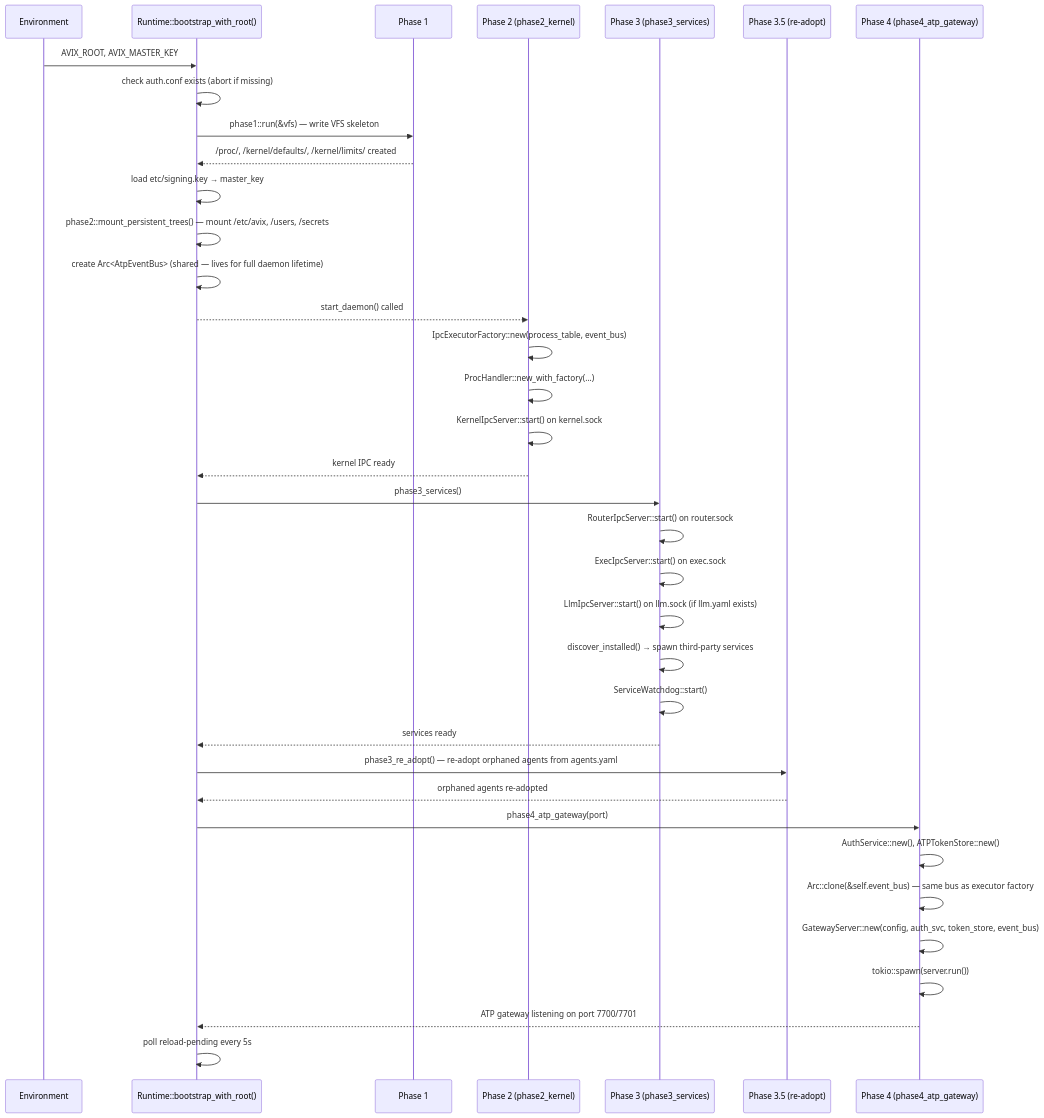
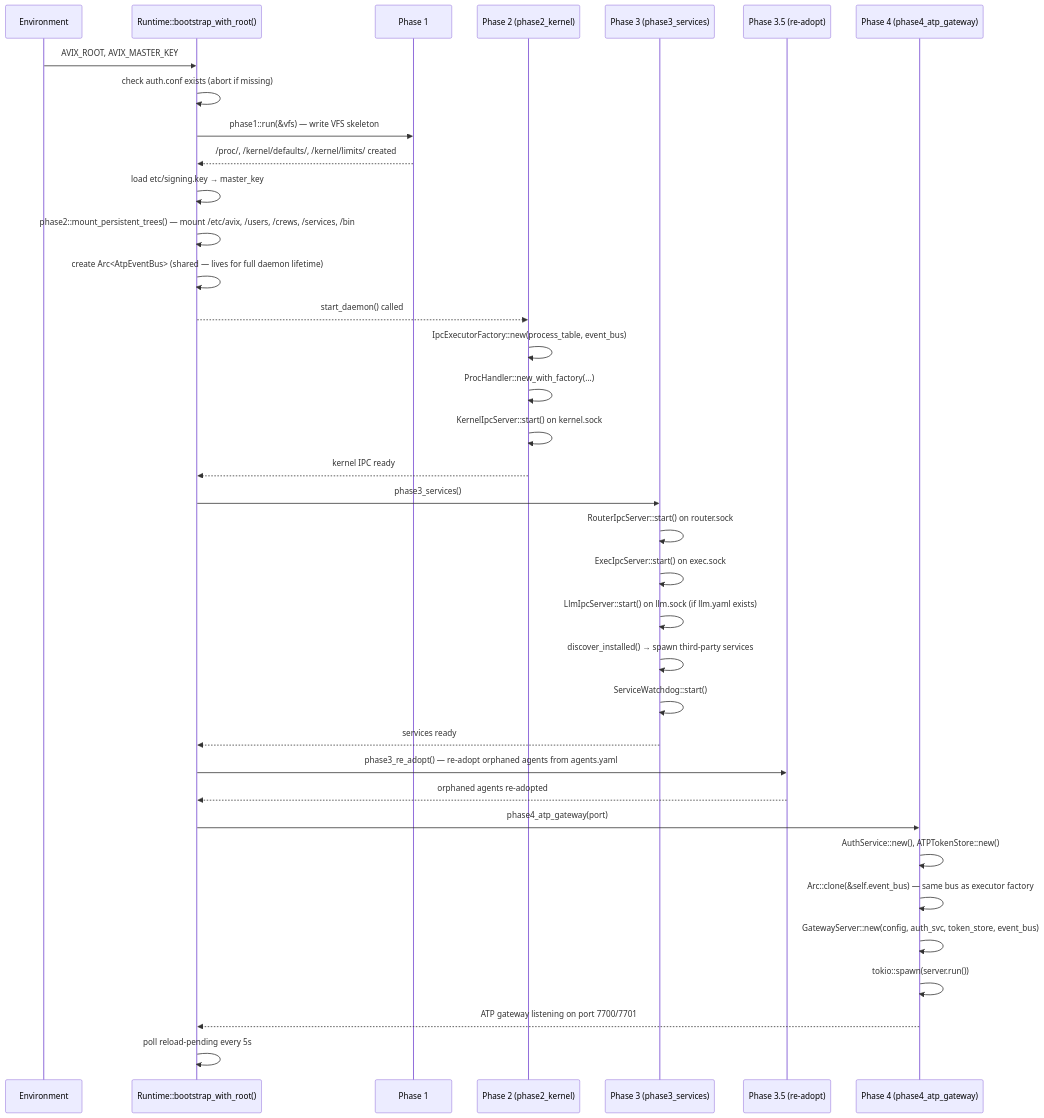
One commit to avadhpatel/avix changed the first of 2 diagrams in docs/architecture/02-bootstrap.md. Above: the diagram before and after it, drawn with Mermaid. The commit also changed other lines of this file and 13 other files, not shown here.

````diff
--- a/docs/architecture/02-bootstrap.md
+++ b/docs/architecture/02-bootstrap.md
@@ -26,39 +26,39 @@
 ```mermaid
 sequenceDiagram
     participant ENV as Environment
     participant RT as Runtime::bootstrap_with_root()
     participant P1 as Phase 1
     participant P2 as Phase 2 (phase2_kernel)
     participant P3 as Phase 3 (phase3_services)
     participant P35 as Phase 3.5 (re-adopt)
     participant P4 as Phase 4 (phase4_atp_gateway)
 
     ENV->>RT: AVIX_ROOT, AVIX_MASTER_KEY
     RT->>RT: check auth.conf exists (abort if missing)
     RT->>P1: phase1::run(&vfs) — write VFS skeleton
     P1-->>RT: /proc/, /kernel/defaults/, /kernel/limits/ created
     RT->>RT: load etc/signing.key → master_key
-    RT->>RT: phase2::mount_persistent_trees() — mount /etc/avix, /users, /secrets
+    RT->>RT: phase2::mount_persistent_trees() — mount /etc/avix, /users, /crews, /services, /bin
     RT->>RT: create Arc<AtpEventBus> (shared — lives for full daemon lifetime)
     RT-->>P2: start_daemon() called
     P2->>P2: IpcExecutorFactory::new(process_table, event_bus)
     P2->>P2: ProcHandler::new_with_factory(...)
     P2->>P2: KernelIpcServer::start() on kernel.sock
     P2-->>RT: kernel IPC ready
     RT->>P3: phase3_services()
     P3->>P3: RouterIpcServer::start() on router.sock
     P3->>P3: ExecIpcServer::start() on exec.sock
     P3->>P3: LlmIpcServer::start() on llm.sock (if llm.yaml exists)
     P3->>P3: discover_installed() → spawn third-party services
     P3->>P3: ServiceWatchdog::start()
     P3-->>RT: services ready
     RT->>P35: phase3_re_adopt() — re-adopt orphaned agents from agents.yaml
     P35-->>RT: orphaned agents re-adopted
     RT->>P4: phase4_atp_gateway(port)
     P4->>P4: AuthService::new(), ATPTokenStore::new()
     P4->>P4: Arc::clone(&self.event_bus) — same bus as executor factory
     P4->>P4: GatewayServer::new(config, auth_svc, token_store, event_bus)
     P4->>P4: tokio::spawn(server.run())
     P4-->>RT: ATP gateway listening on port 7700/7701
     RT->>RT: poll reload-pending every 5s
 ```
````
